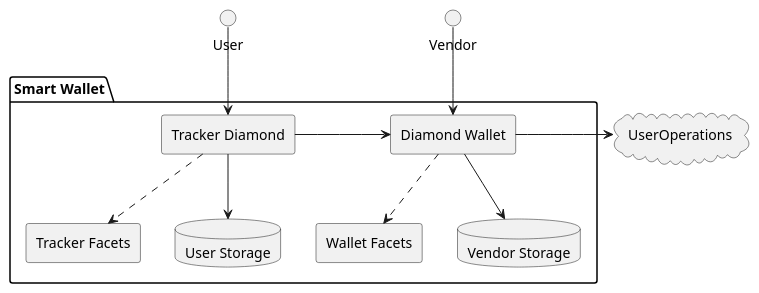
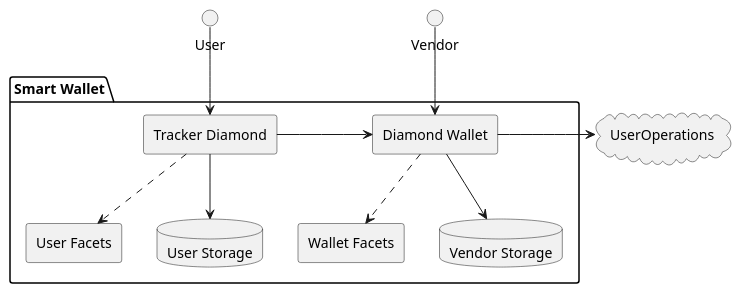
Before and after one commit to mudgen/diamond-1-hardhat: the third of 3 diagrams in TRACKER.md, drawn with PlantUML. The commit also changed other lines of this file and 4 other files, not shown here.

Commit message:
implement the reference diamond tests against the tracker, showing that the tracker and the diamond are equivelent

````diff
--- a/TRACKER.md
+++ b/TRACKER.md
@@ -85,27 +87,27 @@
 ```plantuml
 @startuml
 skinparam componentStyle rectangle
 package "Smart Wallet" {
     database "User Storage" {
     }
 
     database "Vendor Storage" {
     }
 
     [Tracker Diamond] -> [Diamond Wallet]
-    [Tracker Diamond] ..> [Tracker Facets]
+    [Tracker Diamond] ..> [User Facets]
     [Diamond Wallet] ..> [Wallet Facets]
     [Tracker Diamond] --> [User Storage]
     [Diamond Wallet] --> [Vendor Storage]
 
 }
 cloud UserOperations{
 }
 
 User --> [Tracker Diamond]
 Vendor --> [Diamond Wallet]
 
 [Diamond Wallet] -> [UserOperations]
 
 @enduml
 ```
````
